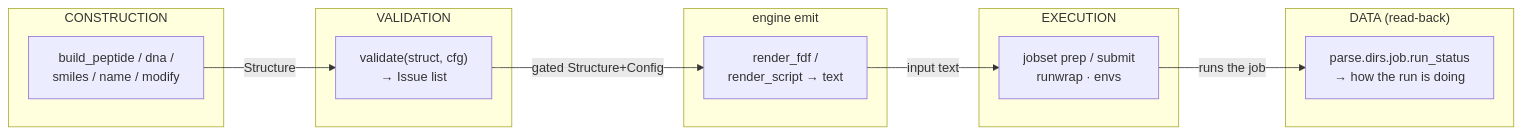
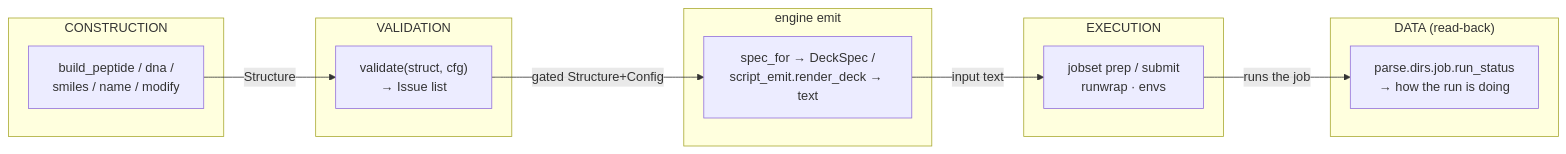
The diagram in docs/backend-architecture.md (Qing-LAB/molbuilder), drawn with Mermaid before and after one commit. The commit also changed 745 other files, not shown here.

````diff
--- a/docs/backend-architecture.md
+++ b/docs/backend-architecture.md
@@ -252,19 +252,19 @@
 ```mermaid
 flowchart LR
   subgraph C["CONSTRUCTION"]
     B["build_peptide / dna /<br/>smiles / name / modify"]
   end
   subgraph V["VALIDATION"]
     VA["validate(struct, cfg)<br/>→ Issue list"]
   end
   subgraph E["engine emit"]
-    EM["render_fdf /<br/>render_script → text"]
+    EM["spec_for → DeckSpec /<br/>script_emit.render_deck → text"]
   end
   subgraph X["EXECUTION"]
     RUN["jobset prep / submit<br/>runwrap · envs"]
   end
   subgraph D["DATA (read-back)"]
     RB["parse.dirs.job.run_status<br/>→ how the run is doing"]
   end
   B -->|Structure| VA -->|gated Structure+Config| EM -->|input text| RUN -->|runs the job| RB
 ```
````
